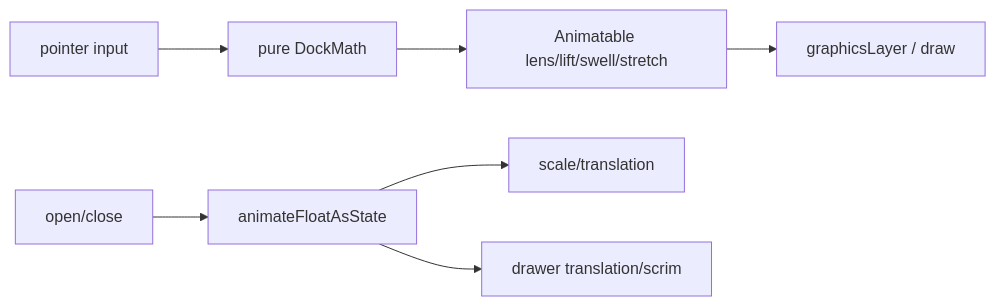
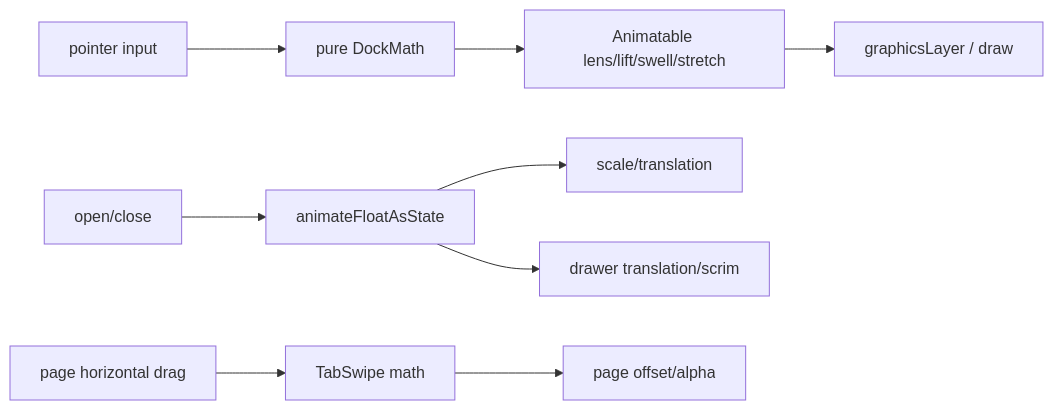
Before and after one commit to kajimi16/OH-MY-HITA: the diagram in docs/plans/2026-11-21-shell-motion-replication.md, drawn with Mermaid. The commit also changed other lines of this file, not shown here.

First line of the commit message:
feat(shell): Dock 四弹簧、TabSwipe 与录屏基线

````diff
--- a/docs/plans/2026-11-21-shell-motion-replication.md
+++ b/docs/plans/2026-11-21-shell-motion-replication.md
@@ -83,9 +104,11 @@
 ```mermaid
 flowchart LR
   Gesture[pointer input] --> DockMath[pure DockMath]
   DockMath --> Anim[Animatable lens/lift/swell/stretch]
   Anim --> Graphics[graphicsLayer / draw]
   DrawerState[open/close] --> Progress[animateFloatAsState]
   Progress --> Content[scale/translation]
   Progress --> Overlay[drawer translation/scrim]
+  PageGesture[page horizontal drag] --> TabMath[TabSwipe math]
+  TabMath --> PageLayer[page offset/alpha]
 ```
````
